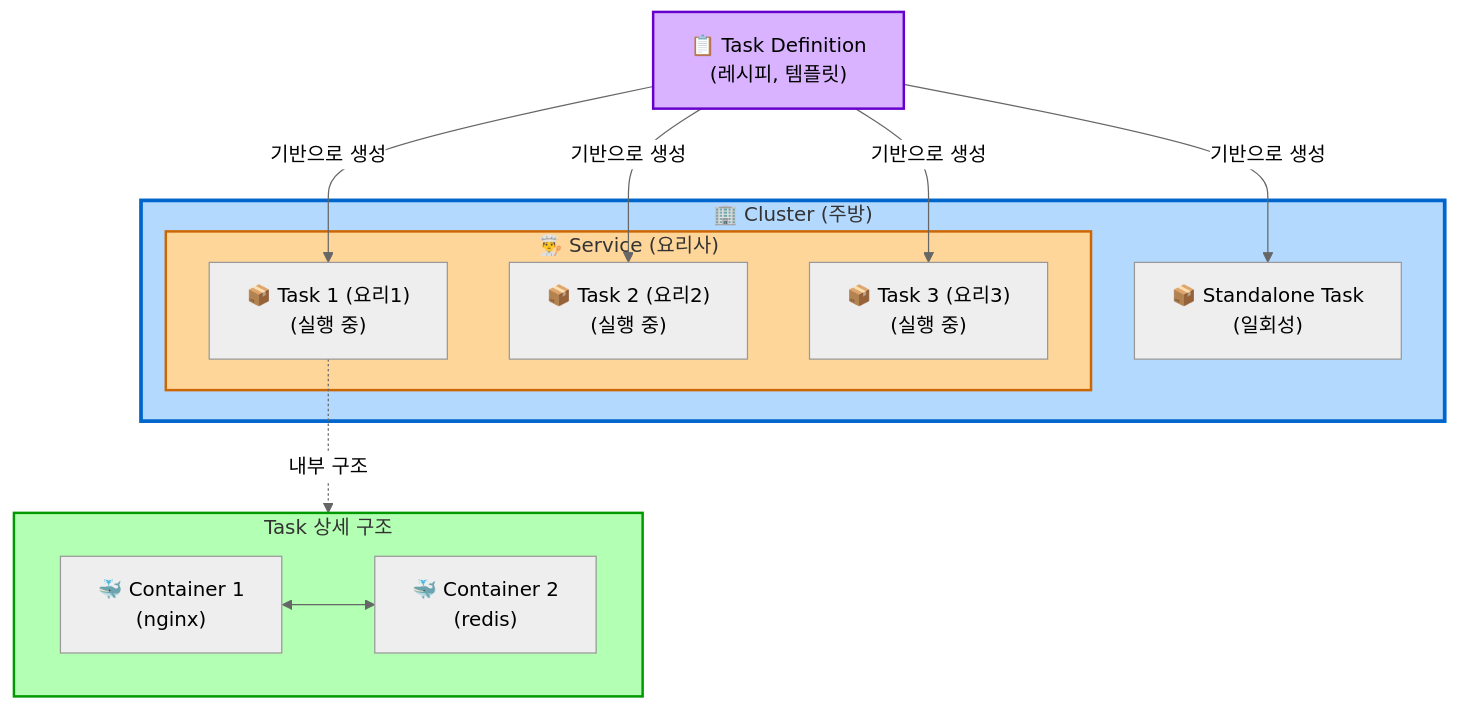
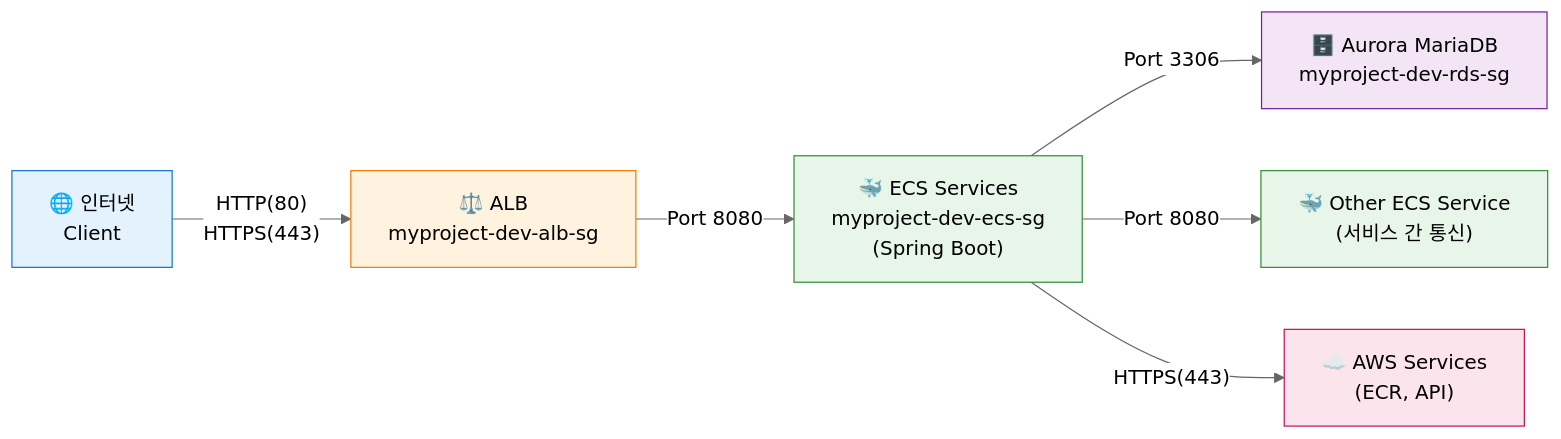
One commit to Narae-H/study-aws changed the diagram in ecs/1_clusters.md. Above: the diagram before and after it, drawn with Mermaid. The commit also changed other lines of this file and 1 other file, not shown here.

Commit message:
docs(ecs): 내용 추가 정리

````diff
--- a/ecs/1_clusters.md
+++ b/ecs/1_clusters.md
@@ -5,33 +304,16 @@
 ```mermaid
 %%{init: {'theme':'neutral'}}%%
-graph TB
-    subgraph Cluster["🏢 Cluster (주방)"]
-        subgraph Service["👨‍🍳 Service (요리사)"]
-            Task1["📦 Task 1 (요리1)<br/>(실행 중)"]
-            Task2["📦 Task 2 (요리2)<br/>(실행 중)"]
-            Task3["📦 Task 3 (요리3)<br/>(실행 중)"]
-        end
-        
-        StandaloneTask["📦 Standalone Task<br/>(일회성)"]
-    end
+graph LR
+    Internet["🌐 인터넷<br/>Client"] -->|"HTTP(80)<br/>HTTPS(443)"| ALB["⚖️ ALB<br/>myproject-dev-alb-sg"]
+    ALB -->|"Port 8080"| ECS["🐳 ECS Services<br/>myproject-dev-ecs-sg<br/>(Spring Boot)"]
+    ECS -->|"Port 3306"| RDS["🗄️ Aurora MariaDB<br/>myproject-dev-rds-sg"]
+    ECS -->|"Port 8080"| ECS2["🐳 Other ECS Service<br/>(서비스 간 통신)"]
+    ECS -->|"HTTPS(443)"| AWS["☁️ AWS Services<br/>(ECR, API)"]
     
-    TaskDef["📋 Task Definition<br/>(레시피, 템플릿)"]
-    
-    subgraph TaskDetail["Task 상세 구조"]
-        Container1["🐳 Container 1<br/>(nginx)"]
-        Container2["🐳 Container 2<br/>(redis)"]
-        Container1 <--> Container2
-    end
-    
-    TaskDef -->|"기반으로 생성"| Task1
-    TaskDef -->|"기반으로 생성"| Task2
-    TaskDef -->|"기반으로 생성"| Task3
-    TaskDef -->|"기반으로 생성"| StandaloneTask
-    
-    Task1 -.->|"내부 구조"| TaskDetail
-    
-    style Cluster fill:#b3d9ff,stroke:#0066cc,stroke-width:3px
-    style Service fill:#ffd699,stroke:#cc6600,stroke-width:2px
-    style TaskDef fill:#d9b3ff,stroke:#6600cc,stroke-width:2px
-    style TaskDetail fill:#b3ffb3,stroke:#009900,stroke-width:2px
+    style Internet fill:#e3f2fd,stroke:#1976d2
+    style ALB fill:#fff3e0,stroke:#f57c00
+    style ECS fill:#e8f5e9,stroke:#388e3c
+    style ECS2 fill:#e8f5e9,stroke:#388e3c
+    style RDS fill:#f3e5f5,stroke:#7b1fa2
+    style AWS fill:#fce4ec,stroke:#c2185b
 ```
````
